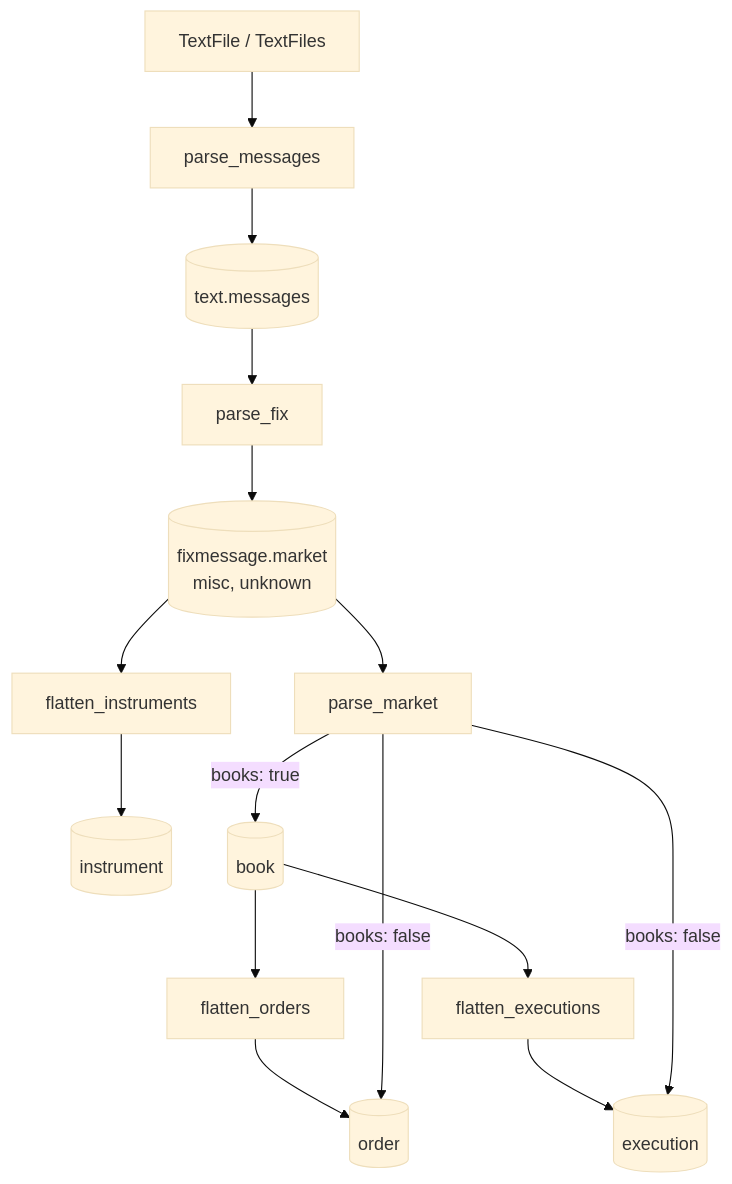
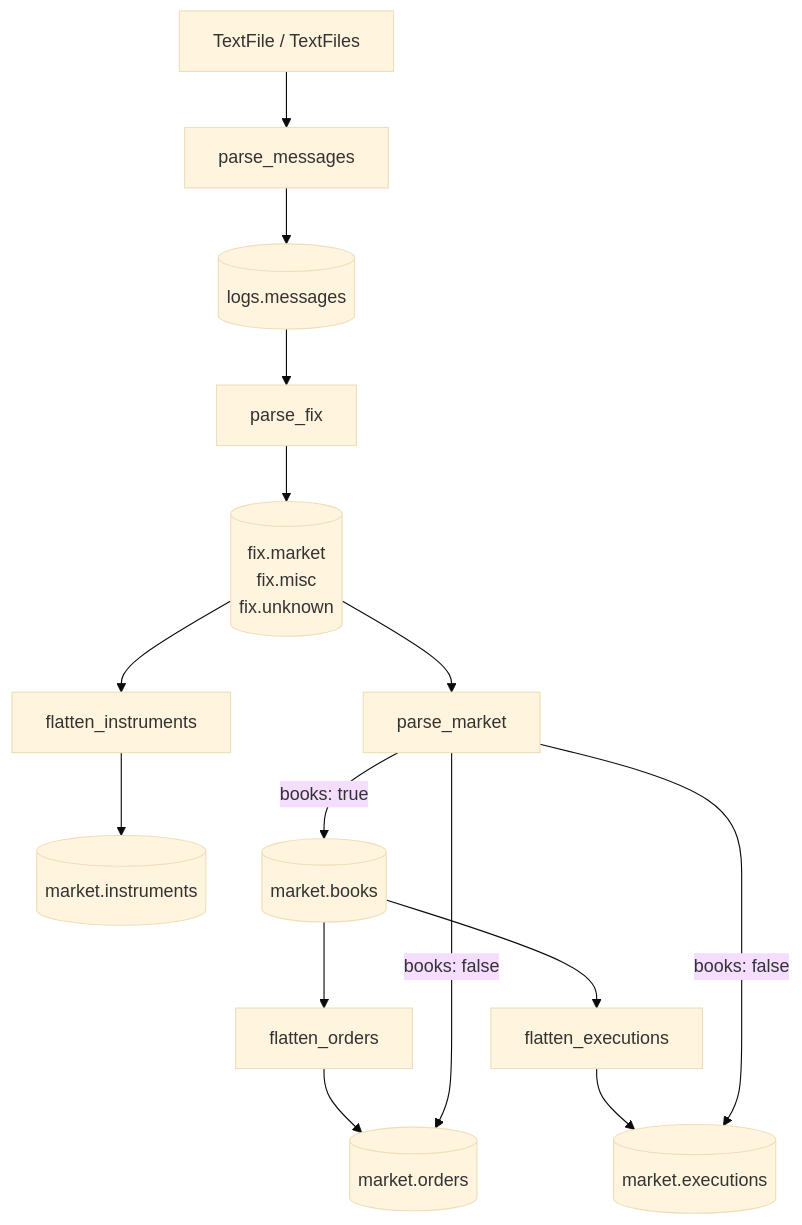
One commit to Platob/yggfin changed the diagram in docs/index.md. Above: the diagram before and after it, drawn with Mermaid (base theme). The commit also changed other lines of this file and 87 other files, not shown here.

````diff
--- a/docs/index.md
+++ b/docs/index.md
@@ -17,14 +18,14 @@
 ```mermaid
 flowchart TD
     L[TextFile / TextFiles] --> PM[parse_messages]
-    PM --> M[(text.messages)]
+    PM --> M[(logs.messages)]
     M --> PF[parse_fix]
-    PF --> FM[(fixmessage.market<br/>misc, unknown)]
-    FM --> FI[flatten_instruments] --> I[(instrument)]
+    PF --> FM[(fix.market<br/>fix.misc<br/>fix.unknown)]
+    FM --> FI[flatten_instruments] --> I[(market.instruments)]
     FM --> PK[parse_market]
-    PK -->|books: true| B[(book)]
-    B --> FO[flatten_orders] --> O[(order)]
-    B --> FE[flatten_executions] --> E[(execution)]
+    PK -->|books: true| B[(market.books)]
+    B --> FO[flatten_orders] --> O[(market.orders)]
+    B --> FE[flatten_executions] --> E[(market.executions)]
     PK -->|books: false| O
     PK -->|books: false| E
 ```
````
